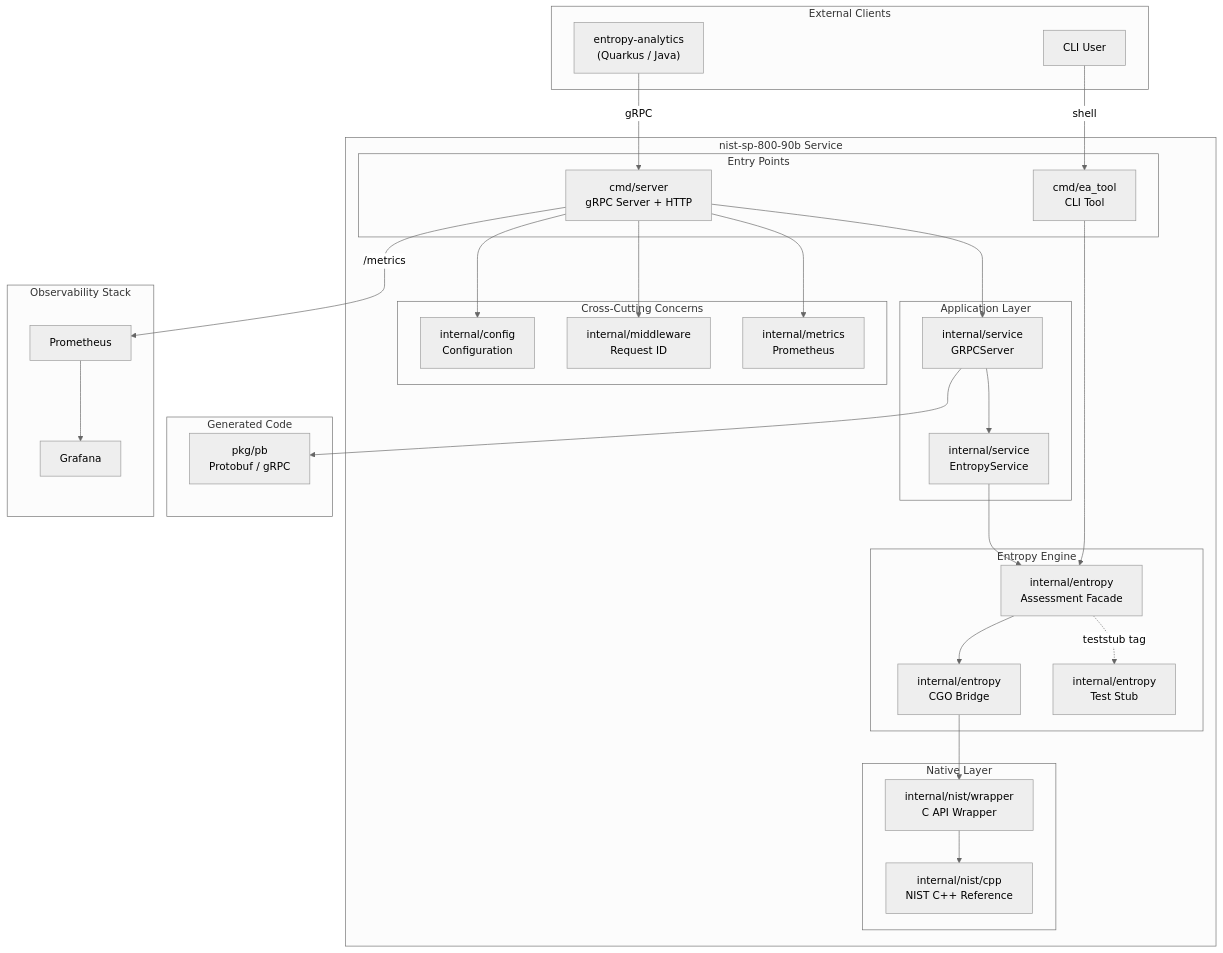
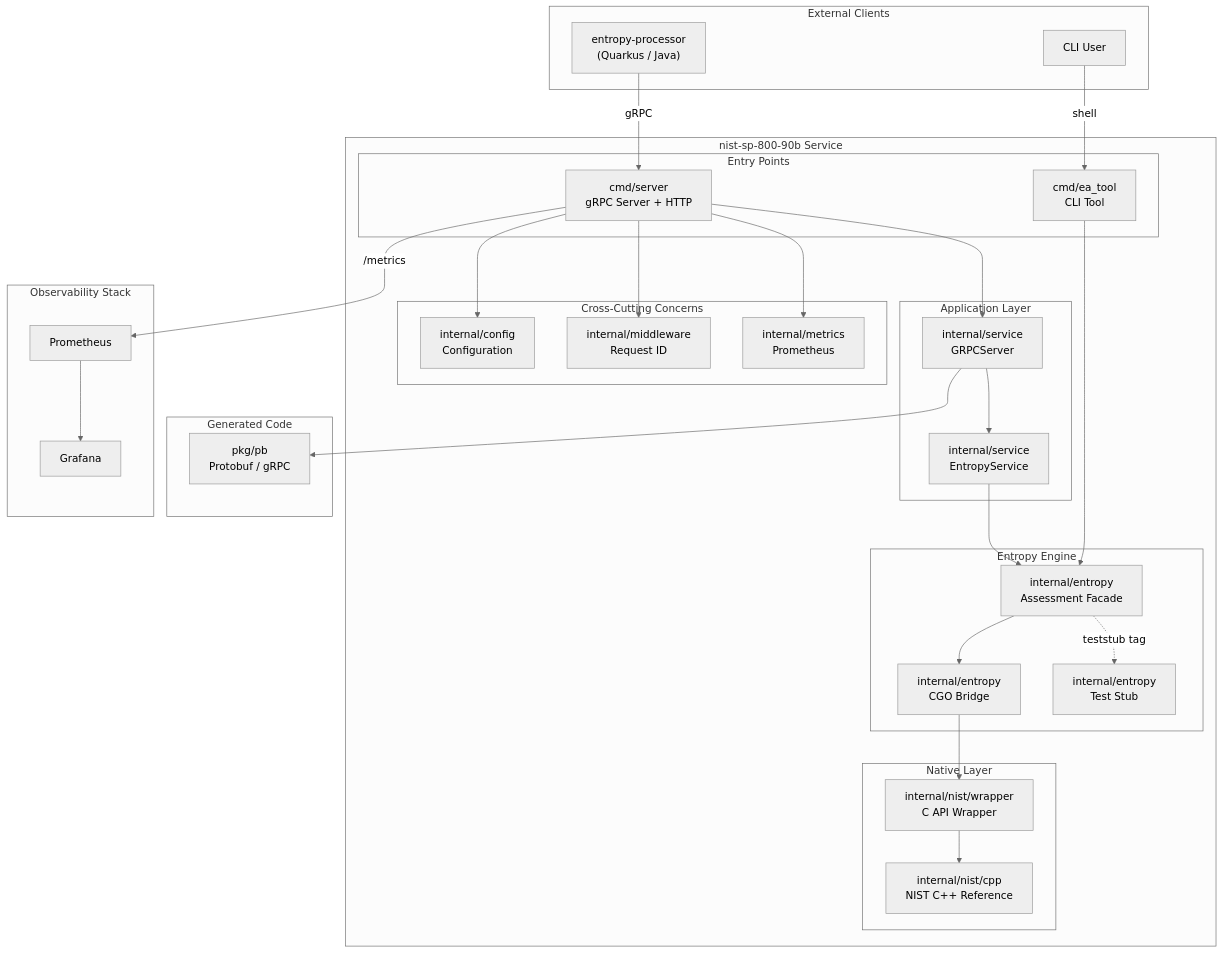
One commit to AmmannChristian/NIST-SP-800-90B-GO changed the first of 6 diagrams in docs/architecture.md. Above: the diagram before and after it, drawn with Mermaid (neutral theme). The commit also changed other lines of this file and 1 other file, not shown here.

First line of the commit message:
Update documentation to reflect `entropy-processor` integration

````diff
--- a/docs/architecture.md
+++ b/docs/architecture.md
@@ -18,65 +18,65 @@
 ```mermaid
 graph TB
     subgraph External Clients
-        EA["entropy-analytics<br/>(Quarkus / Java)"]
+        EA["entropy-processor<br/>(Quarkus / Java)"]
         CLI_USER["CLI User"]
     end
 
     subgraph "nist-sp-800-90b Service"
         subgraph "Entry Points"
             SERVER["cmd/server<br/>gRPC Server + HTTP"]
             EA_TOOL["cmd/ea_tool<br/>CLI Tool"]
         end
 
         subgraph "Application Layer"
             SVC["internal/service<br/>EntropyService"]
             GRPC_SRV["internal/service<br/>GRPCServer"]
         end
 
         subgraph "Cross-Cutting Concerns"
             CFG["internal/config<br/>Configuration"]
             MW["internal/middleware<br/>Request ID"]
             MET["internal/metrics<br/>Prometheus"]
         end
 
         subgraph "Entropy Engine"
             ENT["internal/entropy<br/>Assessment Facade"]
             CGO["internal/entropy<br/>CGO Bridge"]
             STUB["internal/entropy<br/>Test Stub"]
         end
 
         subgraph "Native Layer"
             WRAP["internal/nist/wrapper<br/>C API Wrapper"]
             NIST_CPP["internal/nist/cpp<br/>NIST C++ Reference"]
         end
     end
 
     subgraph "Generated Code"
         PB["pkg/pb<br/>Protobuf / gRPC"]
     end
 
     subgraph "Observability Stack"
         PROM["Prometheus"]
         GRAF["Grafana"]
     end
 
     EA -->|gRPC| SERVER
     CLI_USER -->|shell| EA_TOOL
 
     SERVER --> GRPC_SRV
     SERVER --> CFG
     SERVER --> MW
     SERVER --> MET
     GRPC_SRV --> SVC
     GRPC_SRV --> PB
     EA_TOOL --> ENT
 
     SVC --> ENT
     ENT --> CGO
     ENT -.->|teststub tag| STUB
     CGO --> WRAP
     WRAP --> NIST_CPP
 
     SERVER -->|/metrics| PROM
     PROM --> GRAF
 ```
````
